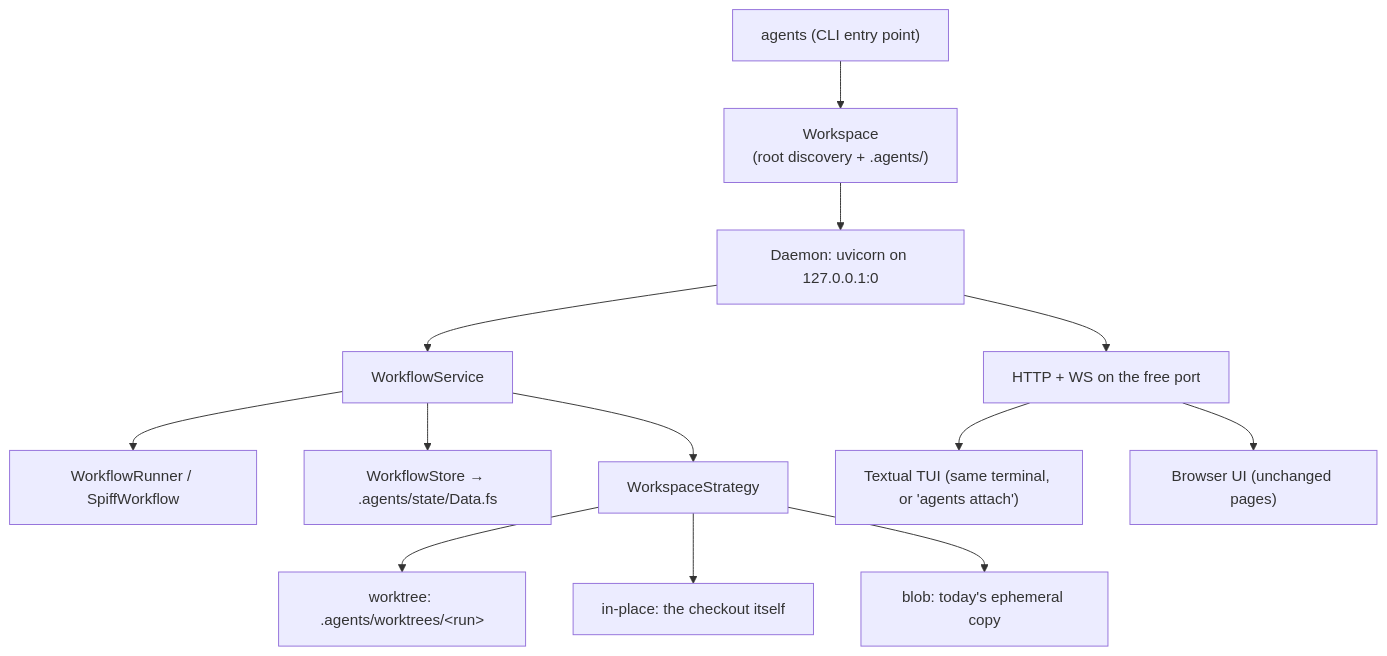
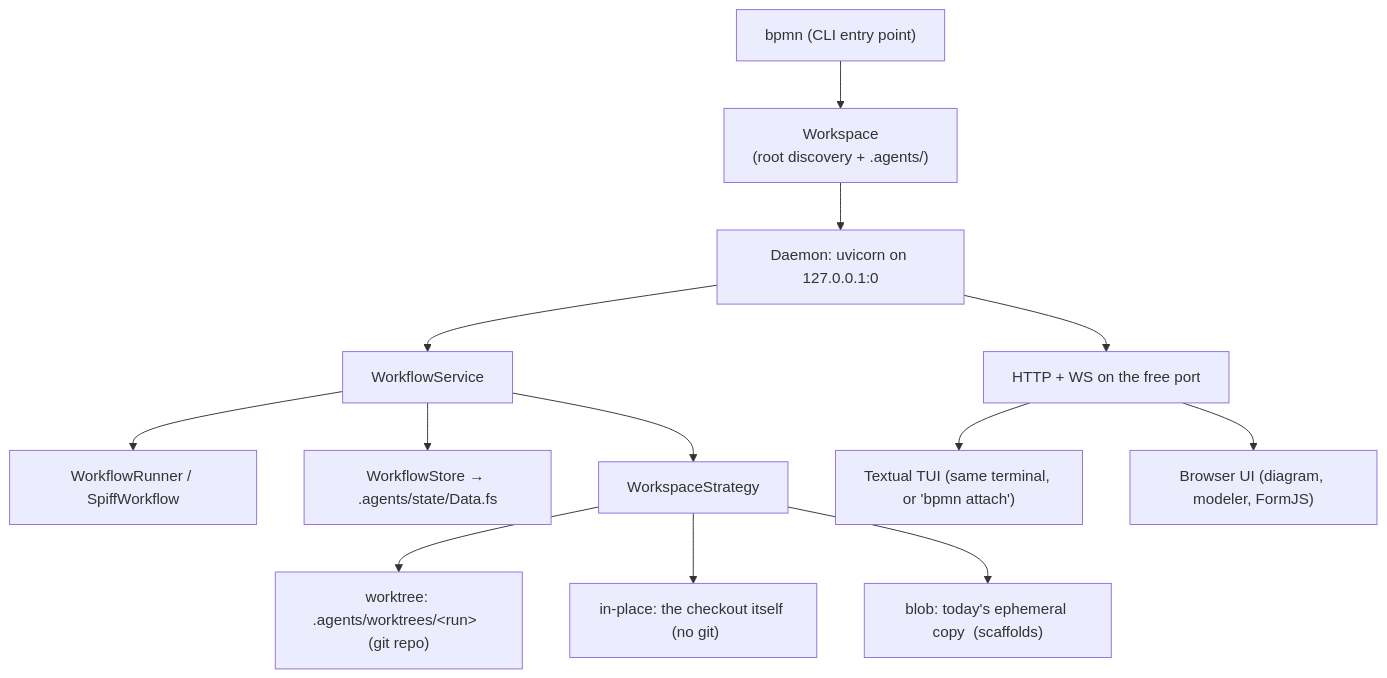
One commit to datakurre/bpmn-iteration-playground changed the diagram in docs/meta-agent-refactor-plan.md. Above: the diagram before and after it, drawn with Mermaid. The commit also changed other lines of this file, not shown here.

````diff
--- a/docs/meta-agent-refactor-plan.md
+++ b/docs/meta-agent-refactor-plan.md
@@ -70,15 +86,15 @@
 ```mermaid
 flowchart TD
-    CLI["agents (CLI entry point)"] --> WS["Workspace<br/>(root discovery + .agents/)"]
+    CLI["bpmn (CLI entry point)"] --> WS["Workspace<br/>(root discovery + .agents/)"]
     WS --> Daemon["Daemon: uvicorn on 127.0.0.1:0"]
     Daemon --> Svc["WorkflowService"]
     Svc --> Runner["WorkflowRunner / SpiffWorkflow"]
     Svc --> Store["WorkflowStore → .agents/state/Data.fs"]
     Svc --> Strat["WorkspaceStrategy"]
-    Strat --> WT["worktree: .agents/worktrees/&lt;run&gt;"]
-    Strat --> IP["in-place: the checkout itself"]
-    Strat --> BL["blob: today's ephemeral copy"]
+    Strat --> WT["worktree: .agents/worktrees/&lt;run&gt;  (git repo)"]
+    Strat --> IP["in-place: the checkout itself  (no git)"]
+    Strat --> BL["blob: today's ephemeral copy  (scaffolds)"]
     Daemon --> HTTP["HTTP + WS on the free port"]
-    HTTP --> TUI["Textual TUI (same terminal, or 'agents attach')"]
-    HTTP --> Web["Browser UI (unchanged pages)"]
+    HTTP --> TUI["Textual TUI (same terminal, or 'bpmn attach')"]
+    HTTP --> Web["Browser UI (diagram, modeler, FormJS)"]
 ```
````
